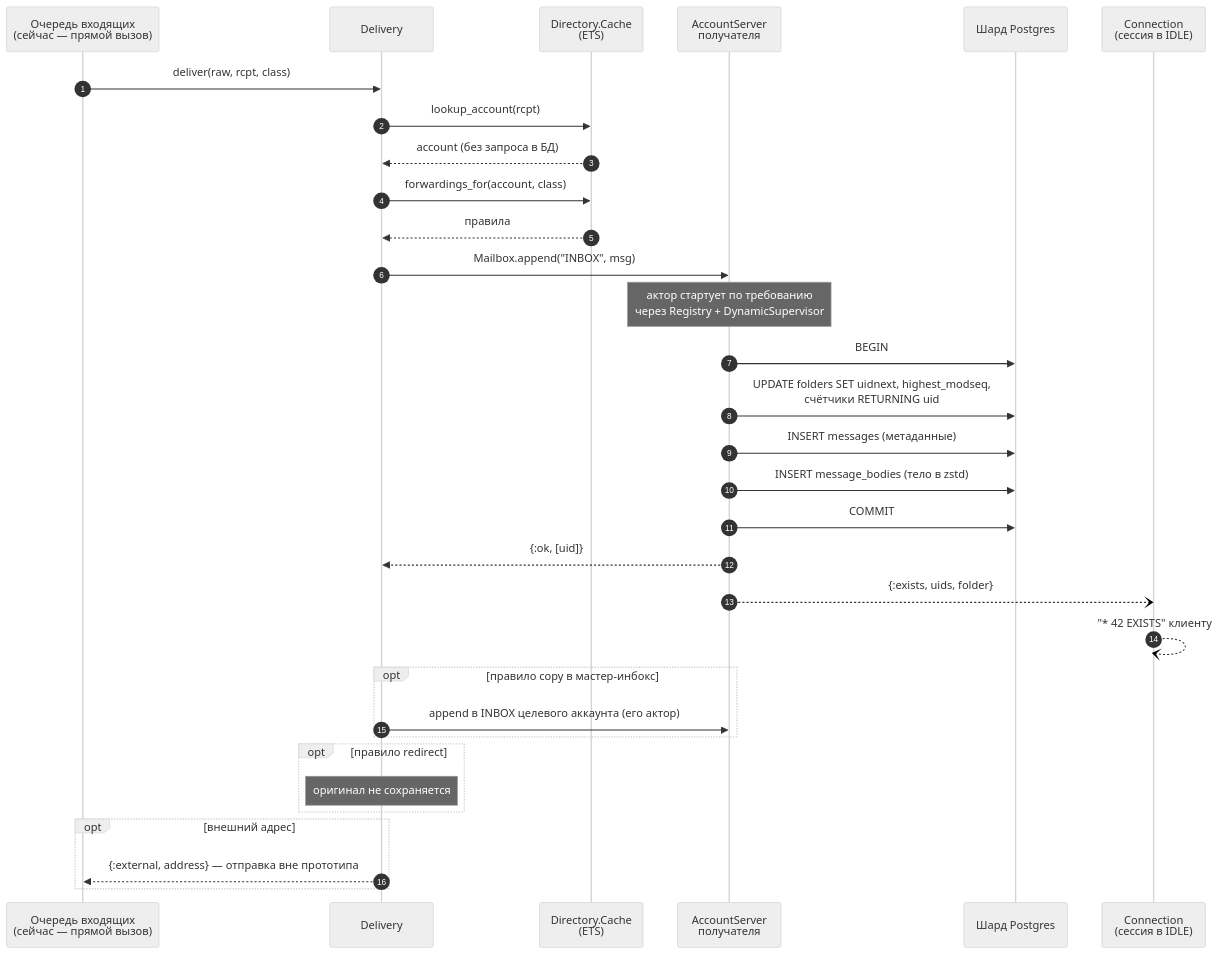
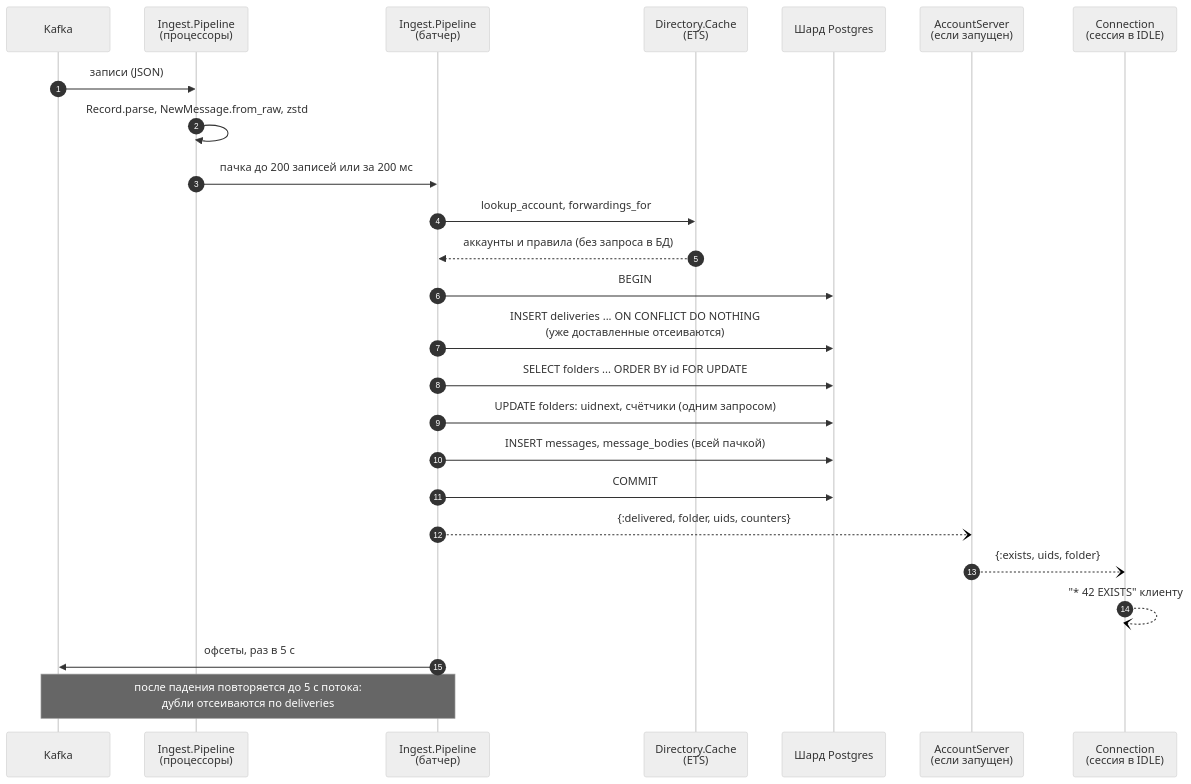
The fourth of 7 diagrams in docs/architecture.md (ichi404gh/mailstore), drawn with Mermaid (neutral theme) before and after one commit. The commit also changed other lines of this file and 30 other files, not shown here.

First line of the commit message:
Ingest from Kafka with idempotent group commit

````diff
--- a/docs/architecture.md
+++ b/docs/architecture.md
@@ -131,35 +137,28 @@
 ```mermaid
 sequenceDiagram
   autonumber
-  participant Q as Очередь входящих<br/>(сейчас — прямой вызов)
-  participant D as Delivery
+  participant K as Kafka
+  participant P as Ingest.Pipeline<br/>(процессоры)
+  participant B as Ingest.Pipeline<br/>(батчер)
   participant DC as Directory.Cache<br/>(ETS)
-  participant A as AccountServer<br/>получателя
   participant PG as Шард Postgres
+  participant A as AccountServer<br/>(если запущен)
   participant C as Connection<br/>(сессия в IDLE)
 
-  Q->>D: deliver(raw, rcpt, class)
-  D->>DC: lookup_account(rcpt)
-  DC-->>D: account (без запроса в БД)
-  D->>DC: forwardings_for(account, class)
-  DC-->>D: правила
-  D->>A: Mailbox.append("INBOX", msg)
-  Note over A: актор стартует по требованию<br/>через Registry + DynamicSupervisor
-  A->>PG: BEGIN
-  A->>PG: UPDATE folders SET uidnext, highest_modseq,<br/>счётчики RETURNING uid
-  A->>PG: INSERT messages (метаданные)
-  A->>PG: INSERT message_bodies (тело в zstd)
-  A->>PG: COMMIT
-  A-->>D: {:ok, [uid]}
+  K->>P: записи (JSON)
+  P->>P: Record.parse, NewMessage.from_raw, zstd
+  P->>B: пачка до 200 записей или за 200 мс
+  B->>DC: lookup_account, forwardings_for
+  DC-->>B: аккаунты и правила (без запроса в БД)
+  B->>PG: BEGIN
+  B->>PG: INSERT deliveries ... ON CONFLICT DO NOTHING<br/>(уже доставленные отсеиваются)
+  B->>PG: SELECT folders ... ORDER BY id FOR UPDATE
+  B->>PG: UPDATE folders: uidnext, счётчики (одним запросом)
+  B->>PG: INSERT messages, message_bodies (всей пачкой)
+  B->>PG: COMMIT
+  B--)A: {:delivered, folder, uids, counters}
   A--)C: {:exists, uids, folder}
   C--)C: "* 42 EXISTS" клиенту
-  opt правило copy в мастер-инбокс
-    D->>A: append в INBOX целевого аккаунта (его актор)
-  end
-  opt правило redirect
-    Note over D: оригинал не сохраняется
-  end
-  opt внешний адрес
-    D-->>Q: {:external, address} — отправка вне прототипа
-  end
+  B->>K: офсеты, раз в 5 с
+  Note over B,K: после падения повторяется до 5 с потока:<br/>дубли отсеиваются по deliveries
 ```
````
